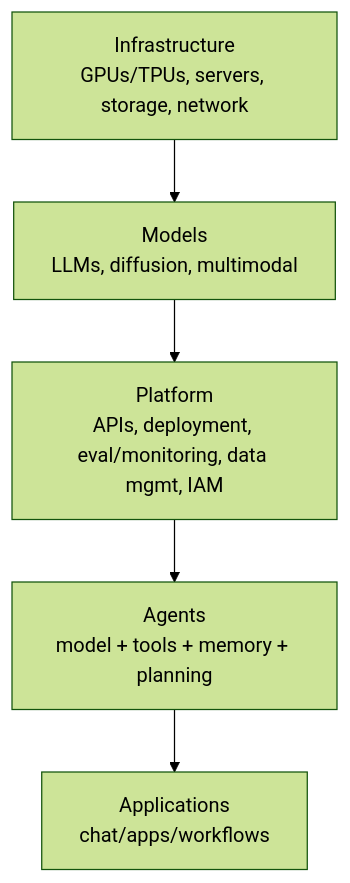
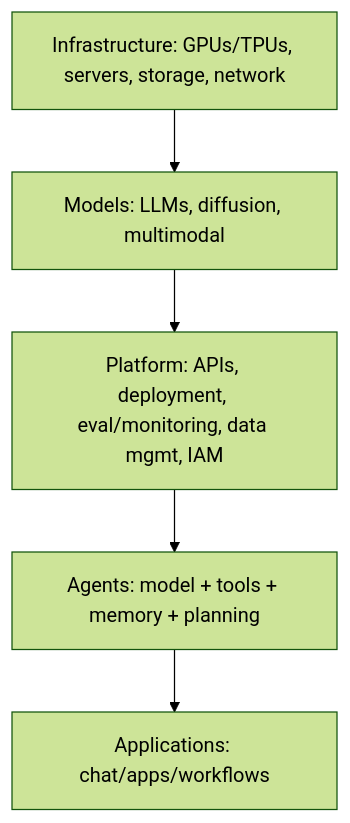
One commit to mmoussaif/gcp-ml-exam-guide changed the first of 6 diagrams in docs/gcp-ml-exam-guide/part-6-generative-ai.md. Above: the diagram before and after it, drawn with Mermaid (forest theme). The commit also changed other lines of this file, not shown here.

Commit message:
Fix Mermaid diagram parse errors in part 6

````diff
--- a/docs/gcp-ml-exam-guide/part-6-generative-ai.md
+++ b/docs/gcp-ml-exam-guide/part-6-generative-ai.md
@@ -58,7 +58,7 @@
 ```mermaid
 flowchart TB
-  I[Infrastructure\nGPUs/TPUs, servers, storage, network] --> M[Models\nLLMs, diffusion, multimodal]
-  M --> P[Platform\nAPIs, deployment, eval/monitoring, data mgmt, IAM]
-  P --> A[Agents\nmodel + tools + memory + planning]
-  A --> App[Applications\nchat/apps/workflows]
+  I["Infrastructure: GPUs/TPUs, servers, storage, network"] --> M["Models: LLMs, diffusion, multimodal"]
+  M --> P["Platform: APIs, deployment, eval/monitoring, data mgmt, IAM"]
+  P --> A["Agents: model + tools + memory + planning"]
+  A --> App["Applications: chat/apps/workflows"]
 ```
````
